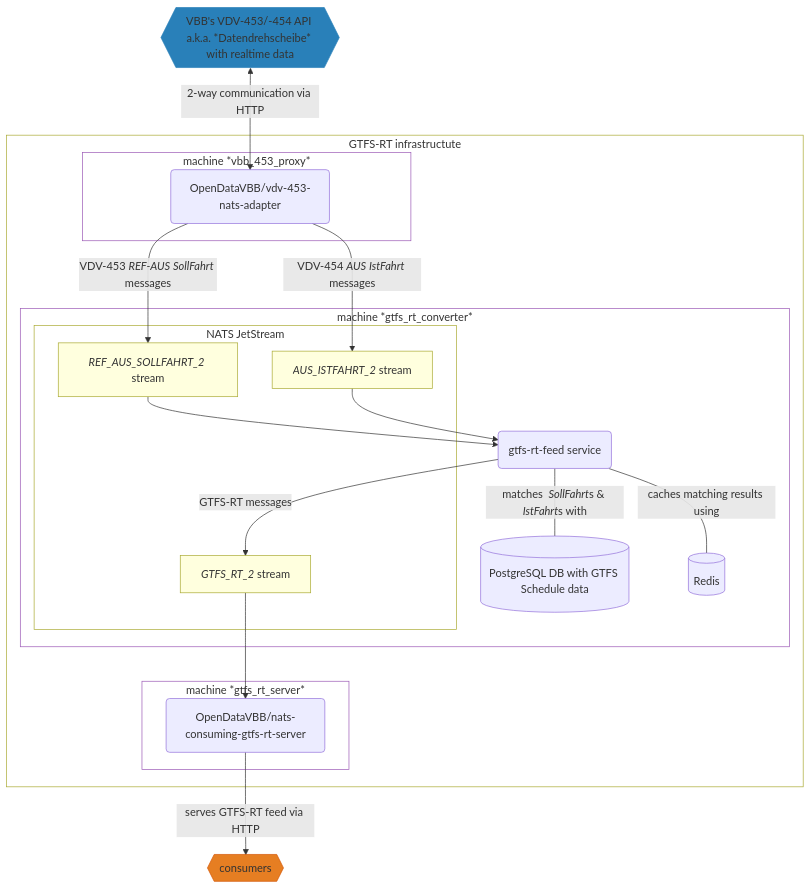
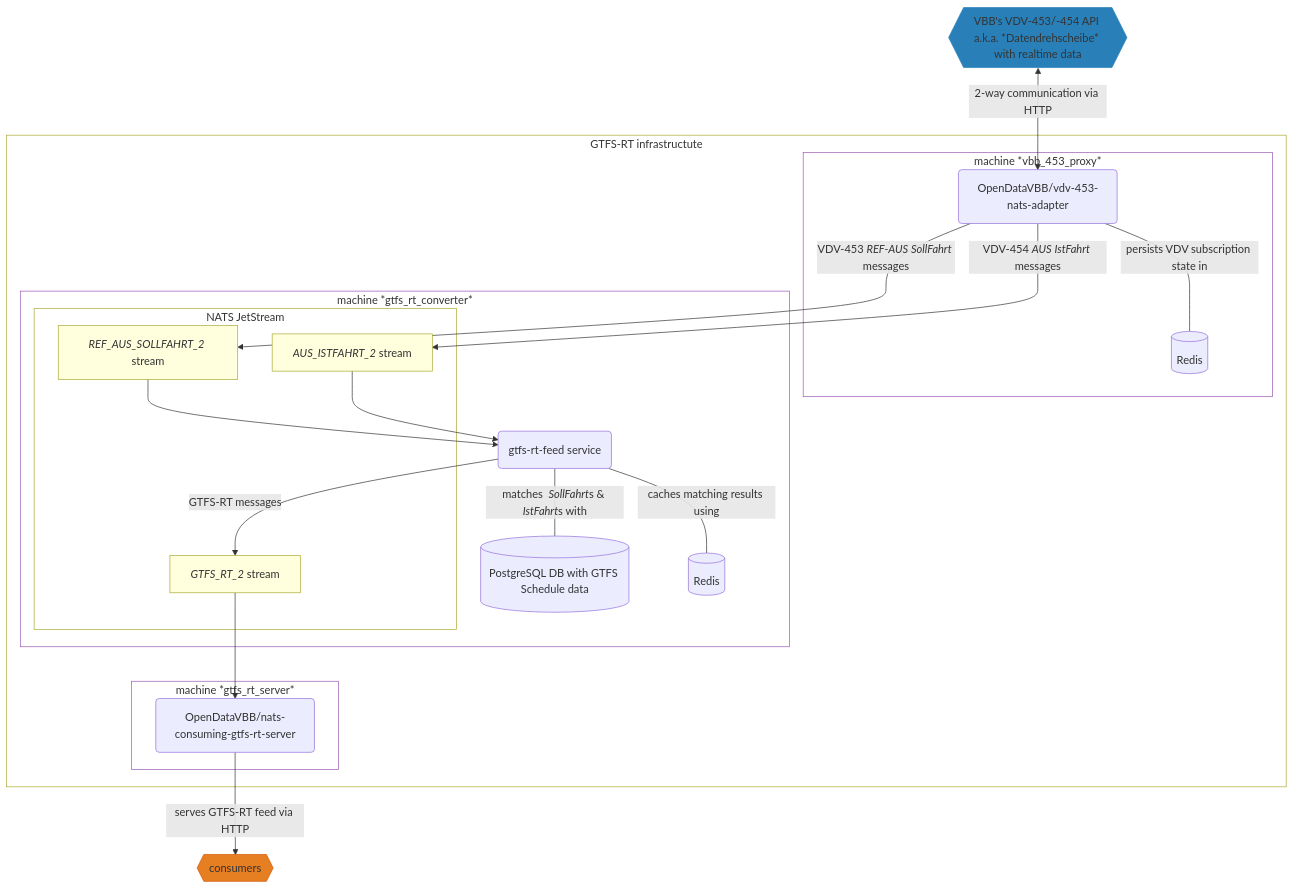
Before and after one commit to OpenDataVBB/gtfs-rt-infrastructure: the second of 2 diagrams in readme.md, drawn with Mermaid.

Commit message:
readme: technical architecture diagram: add vdv_453_proxy Redis 📝
follow-up to 95e64bc

````diff
--- a/readme.md
+++ b/readme.md
@@ -39,45 +39,47 @@
 ```mermaid
 flowchart TB
     classDef machine fill:none,stroke:#9b59b6
 
     vdv_453_api{{VBB's VDV-453/-454 API a.k.a. *Datendrehscheibe* with realtime data}}
     style vdv_453_api fill:#2980b9,stroke:#2980b9
     consumers{{consumers}}
     style consumers fill:#e67e22,stroke:#d35400
 
     subgraph project_infrastructure [GTFS-RT infrastructute]
         subgraph vdv_453_proxy [machine *vbb_453_proxy*]
             vdv_453_nats_adapter(OpenDataVBB/vdv-453-nats-adapter)
+            vdv_453_proxy_redis[(Redis)]
         end
         class vdv_453_proxy machine
         subgraph gtfs_rt_converter [machine *gtfs_rt_converter*]
             subgraph nats[NATS JetStream]
                 nats_ref_aus_sollfahrt["`*REF_AUS_SOLLFAHRT_2* stream`"]:::stream
                 nats_aus_istfahrt["`*AUS_ISTFAHRT_2* stream`"]:::stream
                 nats_gtfs_rt["`*GTFS_RT_2* stream`"]:::stream
                 classDef stream fill:#ffffde,stroke:#aaaa33
             end
             style nats fill:none
             gtfs_rt_feed(gtfs-rt-feed service)
             gtfs_db[(PostgreSQL DB with GTFS Schedule data)]
             gtfs_rt_converter_redis[(Redis)]
         end
         class gtfs_rt_converter machine
         subgraph gtfs_rt_server [machine *gtfs_rt_server*]
             nats_consuming_gtfs_rt_server(OpenDataVBB/nats-consuming-gtfs-rt-server)
         end
         class gtfs_rt_server machine
     end
     style project_infrastructure fill:none
 
     vdv_453_api<-- 2-way communication via HTTP -->vdv_453_nats_adapter
+    vdv_453_nats_adapter-- "`persists VDV subscription state in`" ---vdv_453_proxy_redis
     vdv_453_nats_adapter-- "`VDV-453 *REF-AUS* *SollFahrt* messages`"-->nats_ref_aus_sollfahrt
     nats_ref_aus_sollfahrt-->gtfs_rt_feed
     vdv_453_nats_adapter-- "`VDV-454 *AUS* *IstFahrt* messages`"-->nats_aus_istfahrt
     nats_aus_istfahrt-->gtfs_rt_feed
     gtfs_rt_feed-- "`matches  *SollFahrt*s & *IstFahrt*s with`" ---gtfs_db
     gtfs_rt_feed-- "`caches matching results using`" ---gtfs_rt_converter_redis
     gtfs_rt_feed-- "`GTFS-RT messages`"-->nats_gtfs_rt
     nats_gtfs_rt-->nats_consuming_gtfs_rt_server
     nats_consuming_gtfs_rt_server-- serves GTFS-RT feed via HTTP -->consumers
 ```
````
